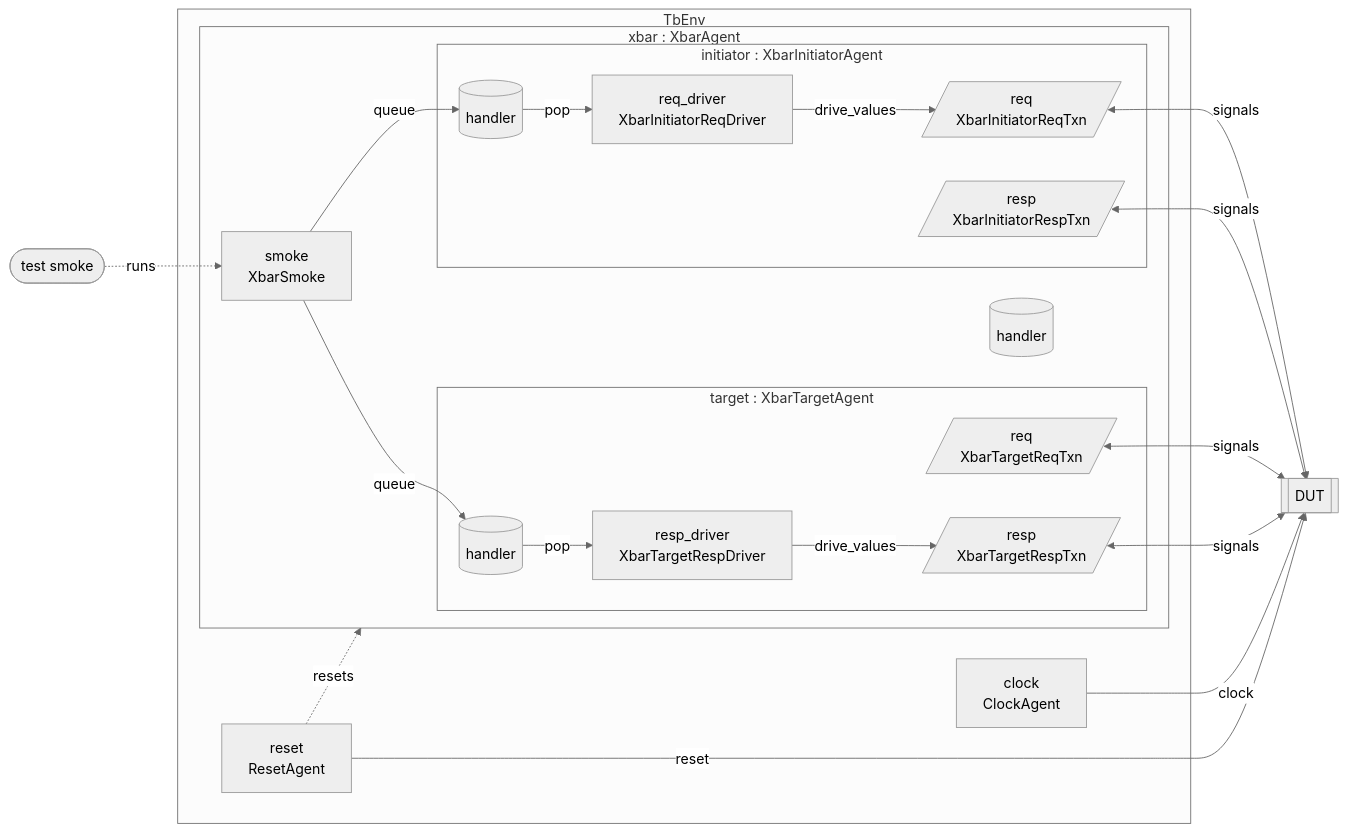
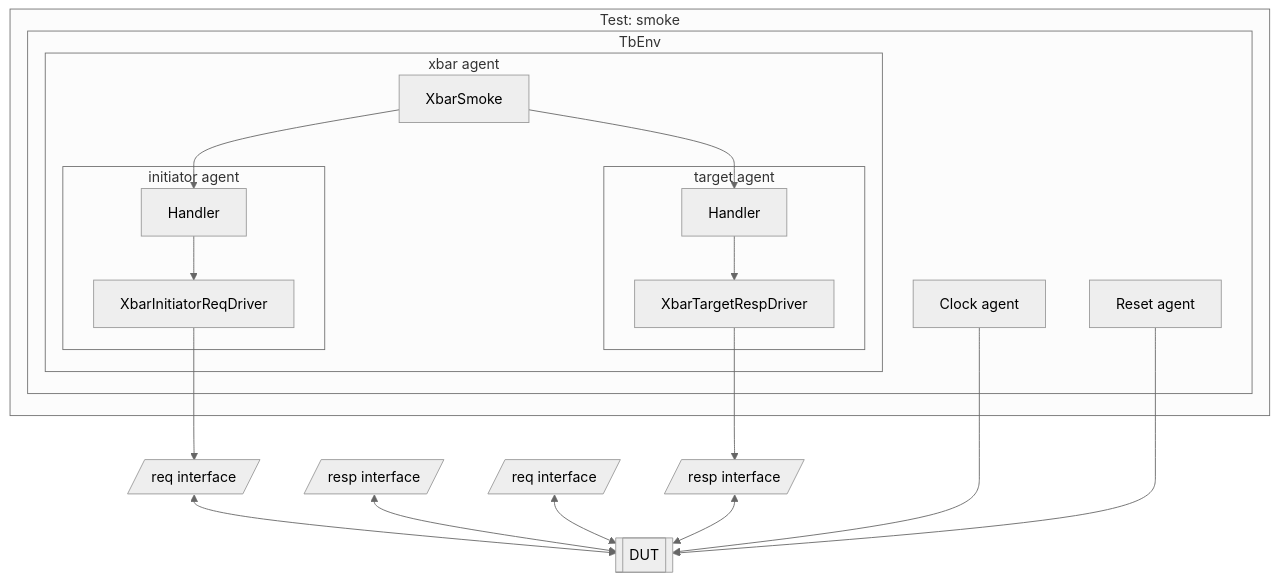
One commit to thsreen/py-uvm-zero changed the diagram in src/examples/axi/tb/tb_connections.md. Above: the diagram before and after it, drawn with Mermaid (neutral theme). The commit also changed other lines of this file and 5 other files, not shown here.

First line of the commit message:
Simplify testbench diagrams to UVM-style block diagrams

````diff
--- a/src/examples/axi/tb/tb_connections.md
+++ b/src/examples/axi/tb/tb_connections.md
@@ -11,39 +11,37 @@
 ```mermaid
-flowchart LR
-  n_dut[["DUT"]]
-  subgraph n_tb_env["TbEnv"]
-    n_clock["clock<br/>ClockAgent"]
-    n_reset["reset<br/>ResetAgent"]
-    subgraph n_agent_xbar["xbar : XbarAgent"]
-      n_handler_xbar[("handler")]
-      n_st_xbar_smoke["smoke<br/>XbarSmoke"]
-      subgraph n_agent_xbar_initiator["initiator : XbarInitiatorAgent"]
-        n_handler_xbar_initiator[("handler")]
-        n_if_xbar_initiator_req[/"req<br/>XbarInitiatorReqTxn"/]
-        n_if_xbar_initiator_resp[/"resp<br/>XbarInitiatorRespTxn"/]
-        n_drv_xbar_initiator_req_driver["req_driver<br/>XbarInitiatorReqDriver"]
-      end
-      subgraph n_agent_xbar_target["target : XbarTargetAgent"]
-        n_handler_xbar_target[("handler")]
-        n_if_xbar_target_req[/"req<br/>XbarTargetReqTxn"/]
-        n_if_xbar_target_resp[/"resp<br/>XbarTargetRespTxn"/]
-        n_drv_xbar_target_resp_driver["resp_driver<br/>XbarTargetRespDriver"]
+flowchart TB
+  subgraph n_test["Test: smoke"]
+    subgraph n_tb_env["TbEnv"]
+      n_clock["Clock agent"]
+      n_reset["Reset agent"]
+      subgraph n_agent_xbar["xbar agent"]
+        n_st_xbar_smoke["XbarSmoke"]
+        subgraph n_agent_xbar_initiator["initiator agent"]
+          n_handler_xbar_initiator["Handler"]
+          n_drv_xbar_initiator_req_driver["XbarInitiatorReqDriver"]
+        end
+        subgraph n_agent_xbar_target["target agent"]
+          n_handler_xbar_target["Handler"]
+          n_drv_xbar_target_resp_driver["XbarTargetRespDriver"]
+        end
       end
     end
   end
-  n_drv_xbar_initiator_req_driver -->|drive_values| n_if_xbar_initiator_req
-  n_drv_xbar_target_resp_driver -->|drive_values| n_if_xbar_target_resp
-  n_handler_xbar_initiator -->|pop| n_drv_xbar_initiator_req_driver
-  n_handler_xbar_target -->|pop| n_drv_xbar_target_resp_driver
-  n_if_xbar_initiator_req <-->|signals| n_dut
-  n_if_xbar_initiator_resp <-->|signals| n_dut
-  n_if_xbar_target_req <-->|signals| n_dut
-  n_if_xbar_target_resp <-->|signals| n_dut
-  n_st_xbar_smoke -->|queue| n_handler_xbar_initiator
-  n_st_xbar_smoke -->|queue| n_handler_xbar_target
-  n_clock -->|clock| n_dut
-  n_reset -->|reset| n_dut
-  n_reset -.->|resets| n_agent_xbar
-  n_test_smoke(["test smoke"])
-  n_test_smoke -.->|runs| n_st_xbar_smoke
+  n_if_xbar_initiator_req[/"req interface"/]
+  n_if_xbar_initiator_resp[/"resp interface"/]
+  n_if_xbar_target_req[/"req interface"/]
+  n_if_xbar_target_resp[/"resp interface"/]
+  n_dut[["DUT"]]
+  n_st_xbar_smoke --> n_handler_xbar_initiator
+  n_st_xbar_smoke --> n_handler_xbar_target
+  n_handler_xbar_initiator --> n_drv_xbar_initiator_req_driver
+  n_drv_xbar_initiator_req_driver --> n_if_xbar_initiator_req
+  n_handler_xbar_target --> n_drv_xbar_target_resp_driver
+  n_drv_xbar_target_resp_driver --> n_if_xbar_target_resp
+  n_if_xbar_initiator_req <--> n_dut
+  n_if_xbar_initiator_resp <--> n_dut
+  n_if_xbar_target_req <--> n_dut
+  n_if_xbar_target_resp <--> n_dut
+  n_clock --> n_dut
+  n_reset --> n_dut
 ```
````
